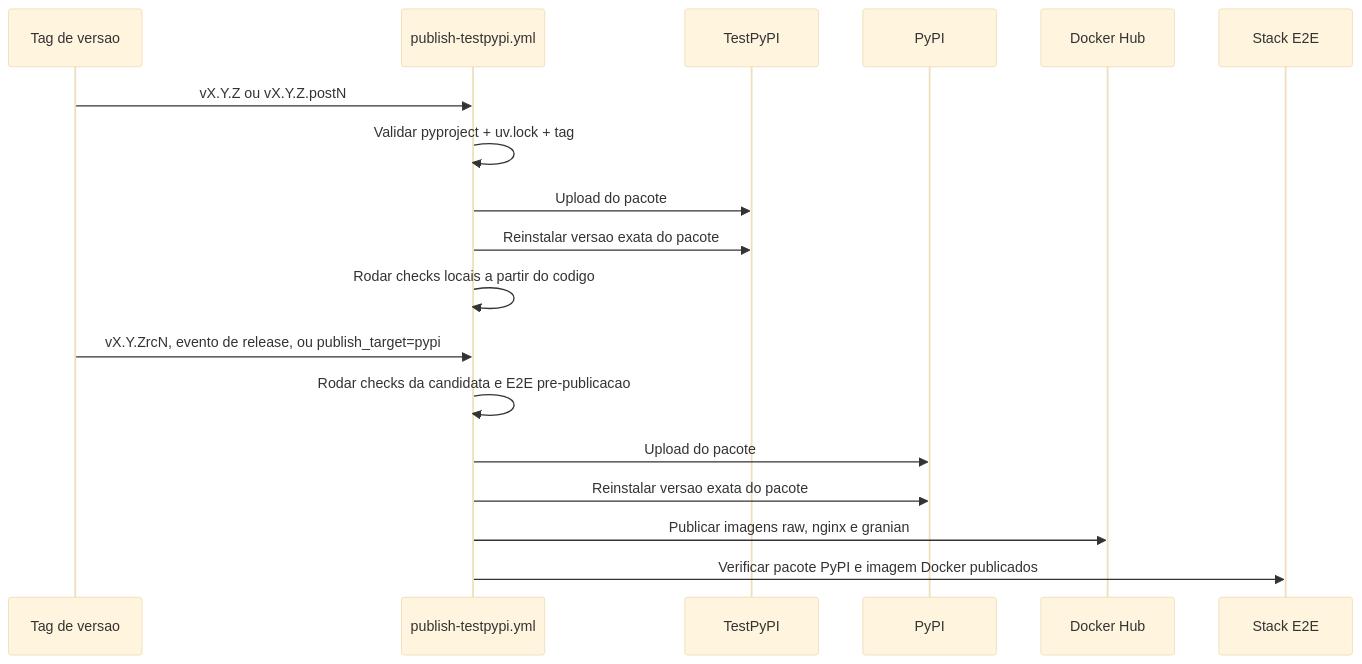
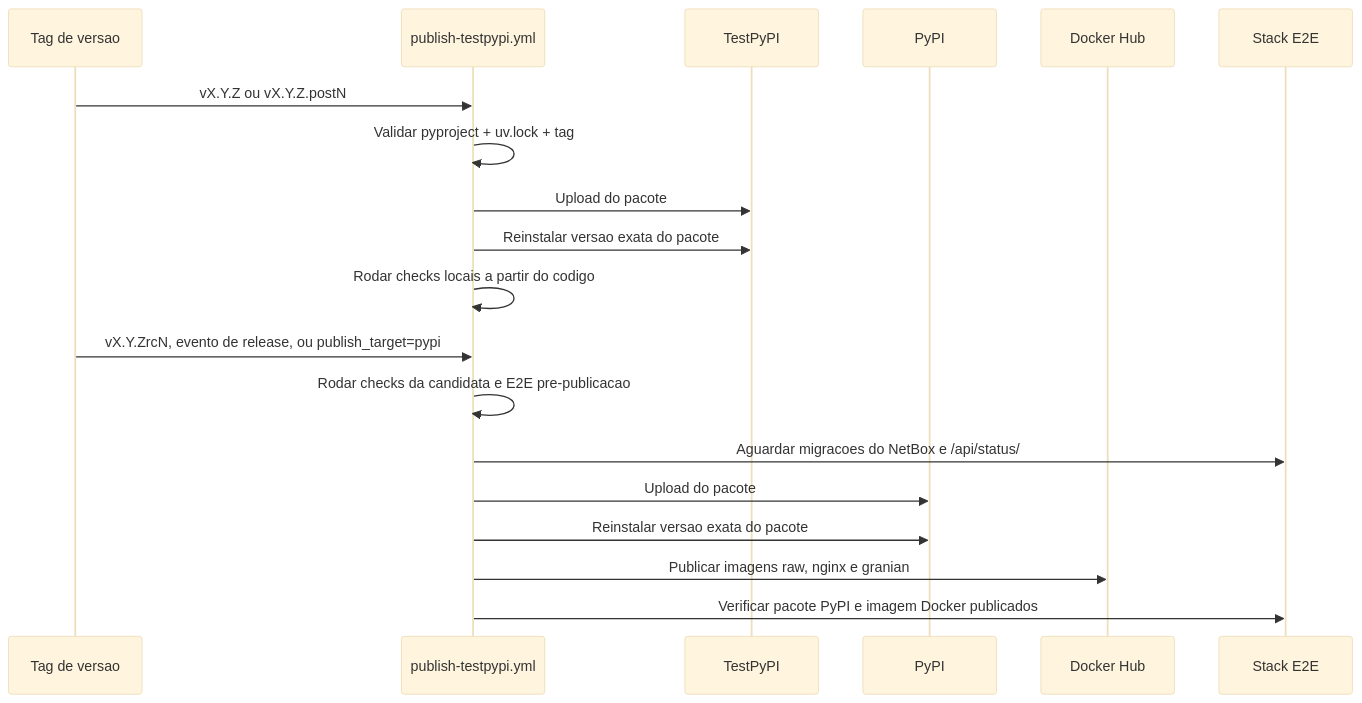
Before and after one commit to emersonfelipesp/proxbox-api: the second of 2 diagrams in docs/pt-BR/development/release-publishing.md, drawn with Mermaid (base theme). The commit also changed other lines of this file and 8 other files, not shown here.

````diff
--- a/docs/pt-BR/development/release-publishing.md
+++ b/docs/pt-BR/development/release-publishing.md
@@ -49,22 +52,23 @@
 ```mermaid
 sequenceDiagram
     participant Tag as Tag de versao
     participant WF as publish-testpypi.yml
     participant TP as TestPyPI
     participant PY as PyPI
     participant DH as Docker Hub
     participant E2E as Stack E2E
 
     Tag->>WF: vX.Y.Z ou vX.Y.Z.postN
     WF->>WF: Validar pyproject + uv.lock + tag
     WF->>TP: Upload do pacote
     WF->>TP: Reinstalar versao exata do pacote
     WF->>WF: Rodar checks locais a partir do codigo
 
     Tag->>WF: vX.Y.ZrcN, evento de release, ou publish_target=pypi
     WF->>WF: Rodar checks da candidata e E2E pre-publicacao
+    WF->>E2E: Aguardar migracoes do NetBox e /api/status/
     WF->>PY: Upload do pacote
     WF->>PY: Reinstalar versao exata do pacote
     WF->>DH: Publicar imagens raw, nginx e granian
     WF->>E2E: Verificar pacote PyPI e imagem Docker publicados
 ```
````
